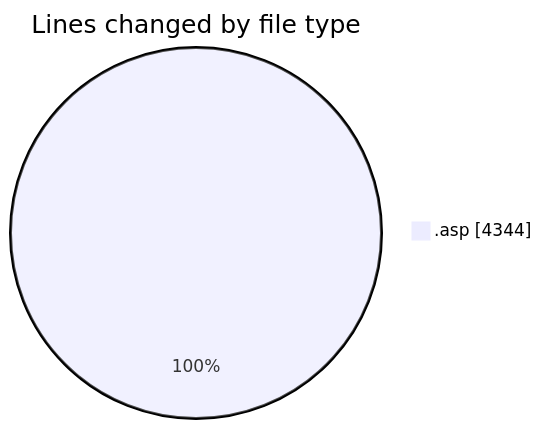
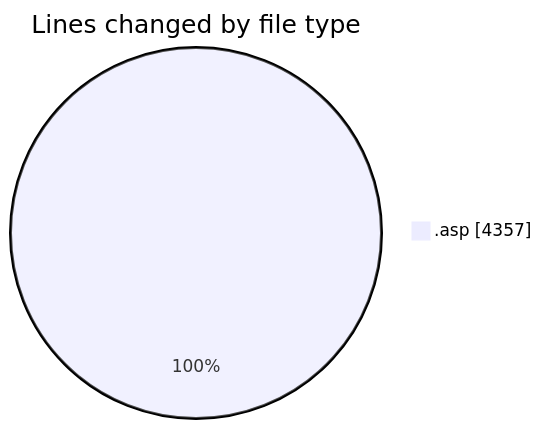
The first of 2 diagrams in 2025-10-17/cdp_aleoudev_fr__workspace_/README.md (julien-gomy/code-tracking), drawn with Mermaid before and after one commit. The commit also changed other lines of this file and 1 other file, not shown here.

````diff
--- a/2025-10-17/cdp_aleoudev_fr__workspace_/README.md
+++ b/2025-10-17/cdp_aleoudev_fr__workspace_/README.md
@@ -21,5 +21,5 @@
 ```mermaid
 pie showData
 title Lines changed by file type
-".asp" : 4344
+".asp" : 4357
 ```
````
